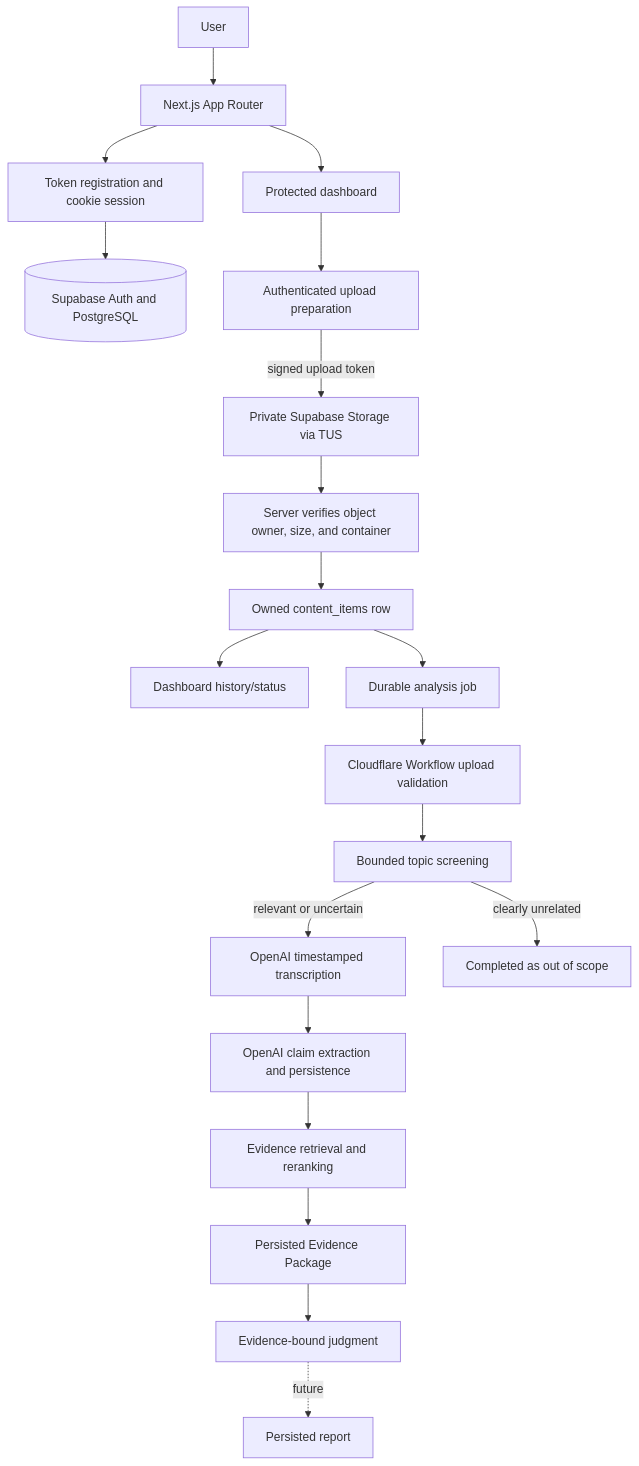
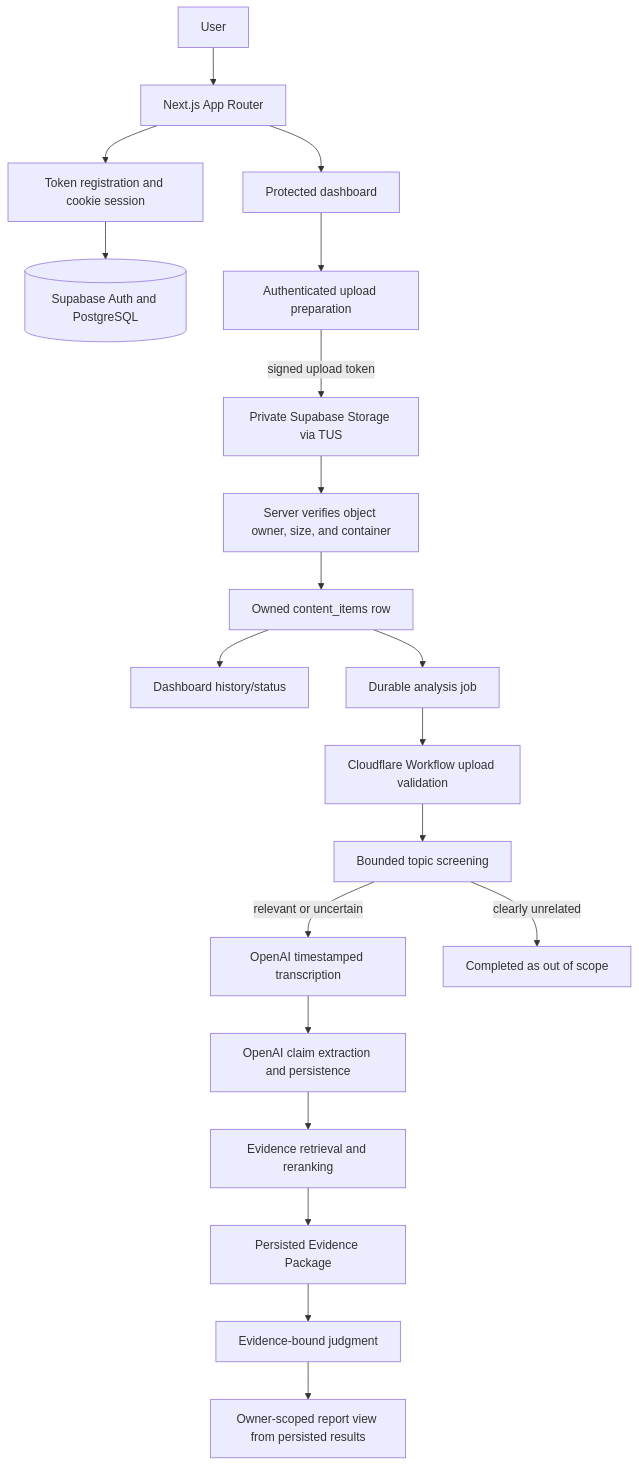
The diagram in ARCHITECTURE.md (Kirbik/psych-factcheck), drawn with Mermaid before and after one commit. The commit also changed other lines of this file and 22 other files, not shown here.

````diff
--- a/ARCHITECTURE.md
+++ b/ARCHITECTURE.md
@@ -21,22 +21,22 @@
 ```mermaid
 flowchart TD
   U[User] --> WEB[Next.js App Router]
   WEB --> AUTH[Token registration and cookie session]
   AUTH --> DB[(Supabase Auth and PostgreSQL)]
   WEB --> DASH[Protected dashboard]
   DASH --> UP[Authenticated upload preparation]
   UP -->|signed upload token| STORAGE[Private Supabase Storage via TUS]
   STORAGE --> VERIFY[Server verifies object owner, size, and container]
   VERIFY --> CONTENT[Owned content_items row]
   CONTENT --> HISTORY[Dashboard history/status]
   CONTENT --> JOB[Durable analysis job]
   JOB --> PREP[Cloudflare Workflow upload validation]
   PREP --> SCREEN[Bounded topic screening]
   SCREEN -->|relevant or uncertain| TRANS[OpenAI timestamped transcription]
   SCREEN -->|clearly unrelated| STOP[Completed as out of scope]
   TRANS --> CLAIMS[OpenAI claim extraction and persistence]
   CLAIMS --> RAG[Evidence retrieval and reranking]
   RAG --> PACKAGE[Persisted Evidence Package]
   PACKAGE --> JUDGE[Evidence-bound judgment]
-  JUDGE -. future .-> REPORT[Persisted report]
+  JUDGE --> REPORT[Owner-scoped report view from persisted results]
 ```
````
